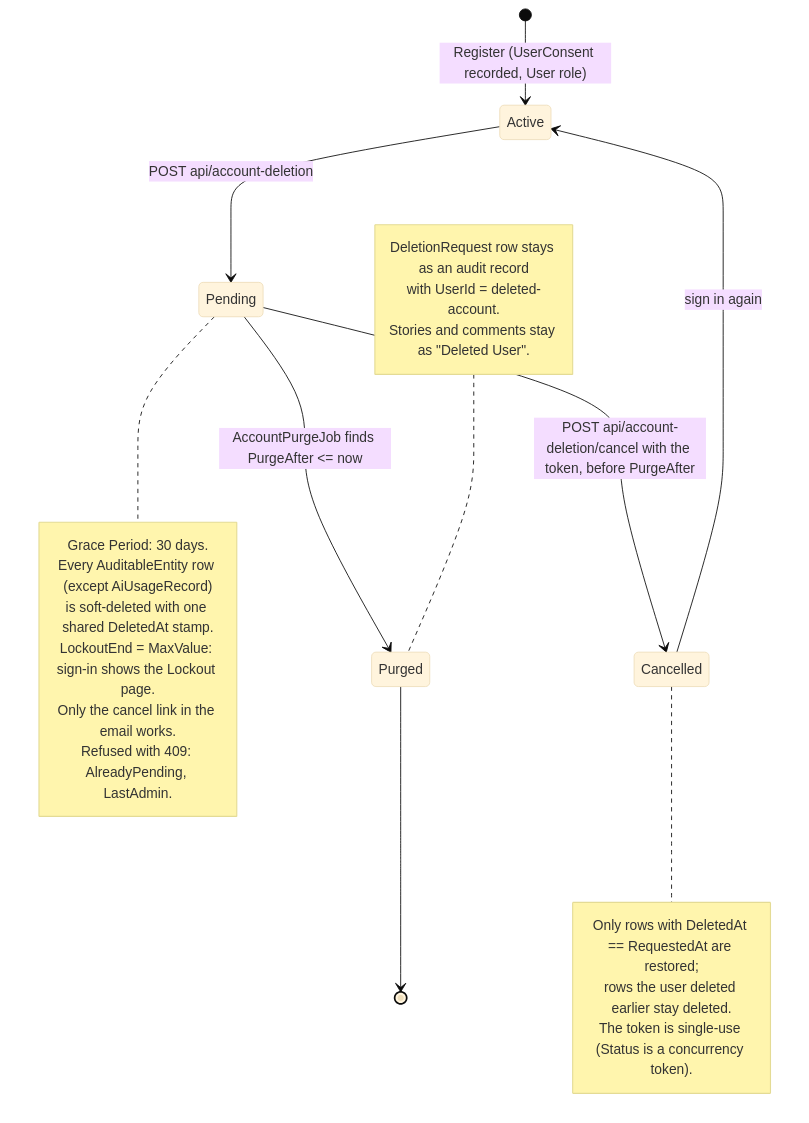
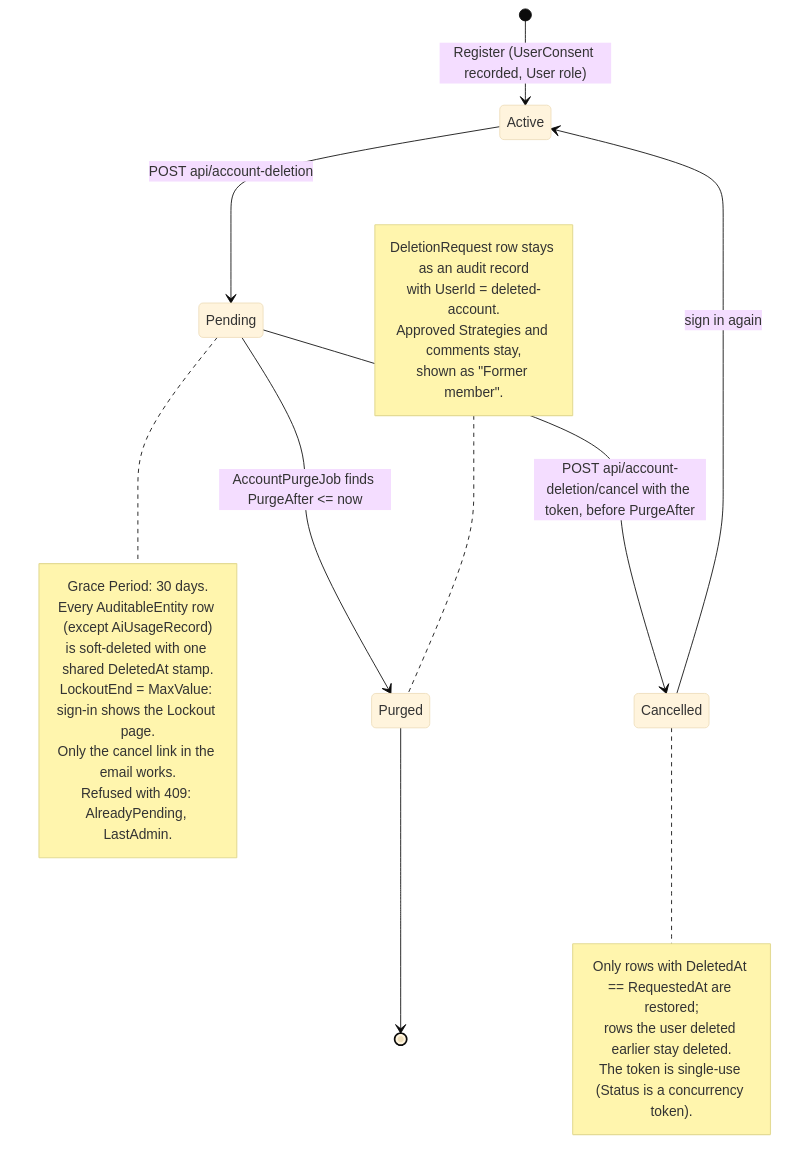
The ninth of 26 diagrams in docs/DIAGRAMS.md (tngo0508/PersonalFinance), drawn with Mermaid (base theme) before and after one commit. The commit also changed other lines of this file and 51 other files, not shown here.

First line of the commit message:
feat: Guild Hall slice 3, Strategies replace Community Stories (#420)

````diff
--- a/docs/DIAGRAMS.md
+++ b/docs/DIAGRAMS.md
@@ -692,30 +688,31 @@
 ```mermaid
 stateDiagram-v2
     [*] --> Active : Register (UserConsent recorded, User role)
     Active --> Pending : POST api/account-deletion
     Pending --> Cancelled : POST api/account-deletion/cancel with the token, before PurgeAfter
     Cancelled --> Active : sign in again
     Pending --> Purged : AccountPurgeJob finds PurgeAfter <= now
     Purged --> [*]
 
     note right of Pending
         Grace Period: 30 days.
         Every AuditableEntity row (except AiUsageRecord)
         is soft-deleted with one shared DeletedAt stamp.
         LockoutEnd = MaxValue: sign-in shows the Lockout page.
         Only the cancel link in the email works.
         Refused with 409: AlreadyPending, LastAdmin.
     end note
 
     note right of Cancelled
         Only rows with DeletedAt == RequestedAt are restored;
         rows the user deleted earlier stay deleted.
         The token is single-use (Status is a concurrency token).
     end note
 
     note left of Purged
         DeletionRequest row stays as an audit record
         with UserId = deleted-account.
-        Stories and comments stay as "Deleted User".
+        Approved Strategies and comments stay,
+        shown as "Former member".
     end note
 ```
````
